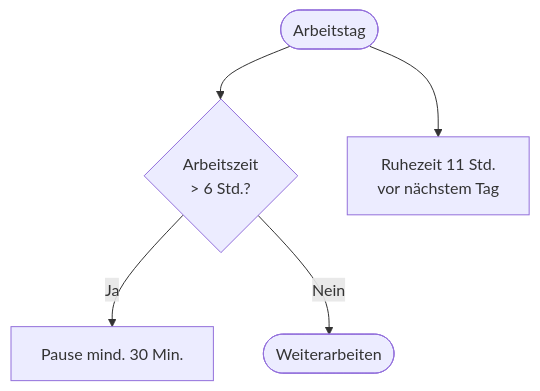
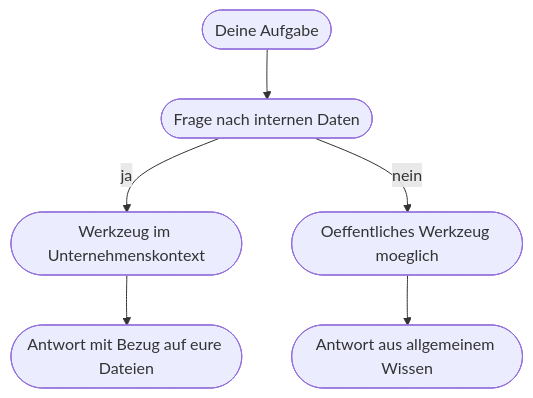
Before and after one commit to Qualidy/KI-Engineering-KI-Agenten-und-Workflow-Automatisierung: the diagram in docs/content/kapitel7.md, drawn with Mermaid. The commit also changed other lines of this file and 297 other files, not shown here.

````diff
--- a/docs/content/kapitel7.md
+++ b/docs/content/kapitel7.md
@@ -71,7 +22,8 @@
 ```mermaid
 flowchart TD
-    A([Arbeitstag]) --> B{Arbeitszeit\n> 6 Std.?}
-    B -->|Ja| C[Pause mind. 30 Min.]
-    B -->|Nein| D([Weiterarbeiten])
-    A --> E[Ruhezeit 11 Std.\nvor nächstem Tag]
+    A([Deine Aufgabe]) --> B([Frage nach internen Daten])
+    B -->|ja| C([Werkzeug im Unternehmenskontext])
+    B -->|nein| D([Oeffentliches Werkzeug moeglich])
+    C --> E([Antwort mit Bezug auf eure Dateien])
+    D --> F([Antwort aus allgemeinem Wissen])
 ```
````
